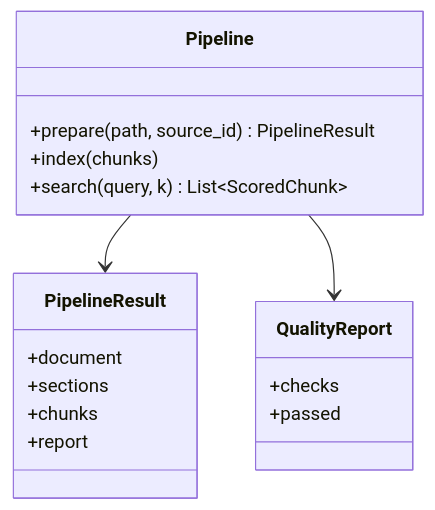
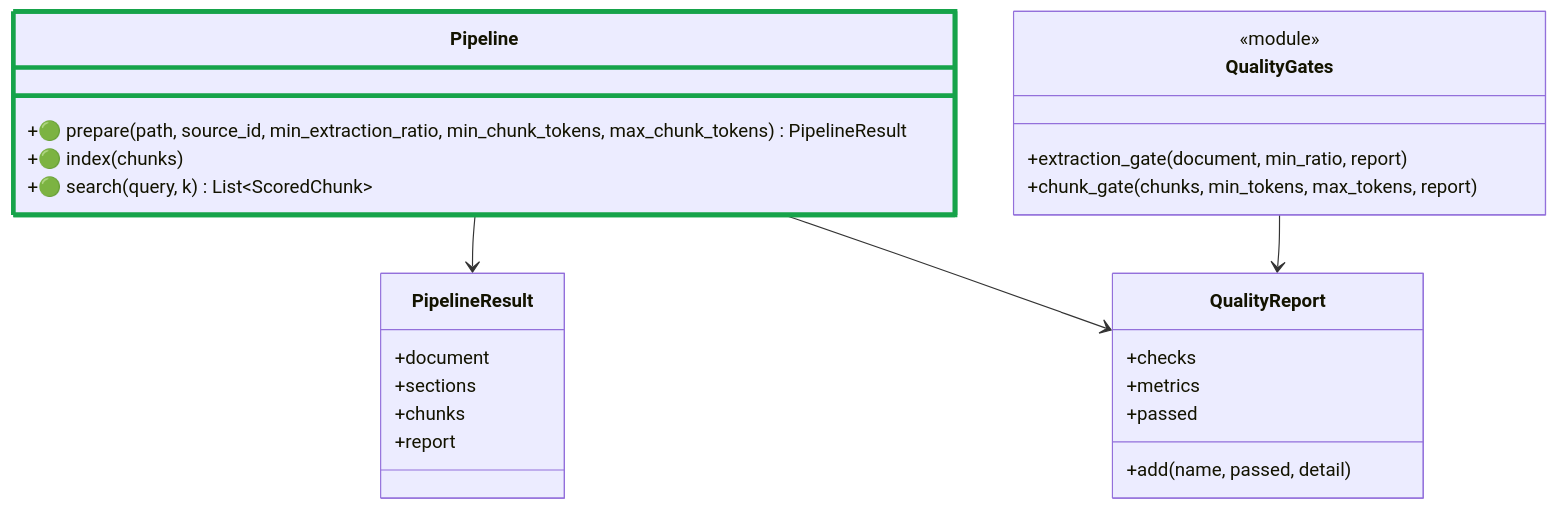
The fifth of 19 diagrams in docs/architecture/system-class-diagram.md (SzatanKluska/MCPSWEBOK), drawn with Mermaid before and after one commit. The commit also changed other lines of this file and 2 other files, not shown here.

Commit message:
update system-class-diagram

````diff
--- a/docs/architecture/system-class-diagram.md
+++ b/docs/architecture/system-class-diagram.md
@@ -137,21 +196,30 @@
 ```mermaid
 classDiagram
   class Pipeline {
-    +prepare(path, source_id) PipelineResult
-    +index(chunks)
-    +search(query, k) List~ScoredChunk~
+    +🟢 prepare(path, source_id, min_extraction_ratio, min_chunk_tokens, max_chunk_tokens) PipelineResult
+    +🟢 index(chunks)
+    +🟢 search(query, k) List~ScoredChunk~
   }
   class PipelineResult {
     +document
     +sections
     +chunks
     +report
   }
   class QualityReport {
     +checks
+    +metrics
     +passed
+    +add(name, passed, detail)
+  }
+  class QualityGates {
+    <<module>>
+    +extraction_gate(document, min_ratio, report)
+    +chunk_gate(chunks, min_tokens, max_tokens, report)
   }
 
   Pipeline --> PipelineResult
   Pipeline --> QualityReport
+  QualityGates --> QualityReport
+  style Pipeline stroke:#16A34A,stroke-width:4px
 ```
````
